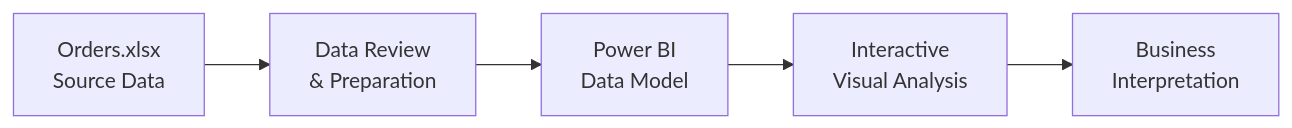
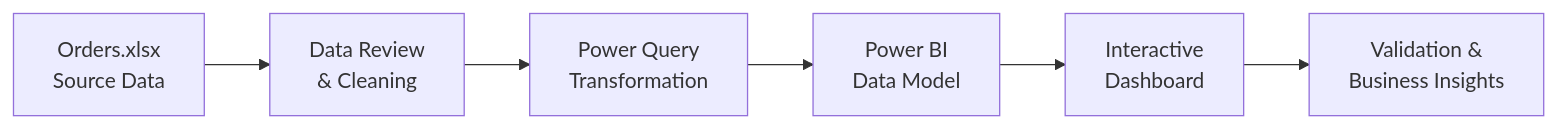
One commit to samusa099/sales-data-a11 changed the diagram in README.md. Above: the diagram before and after it, drawn with Mermaid. The commit also changed other lines of this file, not shown here.

````diff
--- a/README.md
+++ b/README.md
@@ -48,7 +67,8 @@
 ```mermaid
 flowchart LR
-    A[Orders.xlsx<br/>Source Data] --> B[Data Review<br/>& Preparation]
-    B --> C[Power BI<br/>Data Model]
-    C --> D[Interactive<br/>Visual Analysis]
-    D --> E[Business<br/>Interpretation]
+    A[Orders.xlsx<br/>Source Data] --> B[Data Review<br/>& Cleaning]
+    B --> C[Power Query<br/>Transformation]
+    C --> D[Power BI<br/>Data Model]
+    D --> E[Interactive<br/>Dashboard]
+    E --> F[Validation &<br/>Business Insights]
 ```
````
